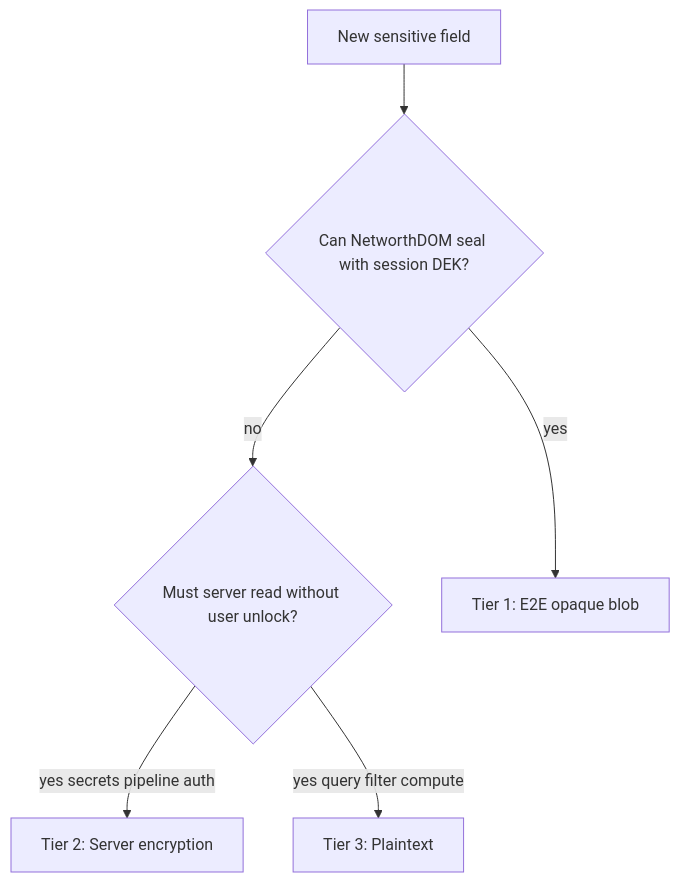
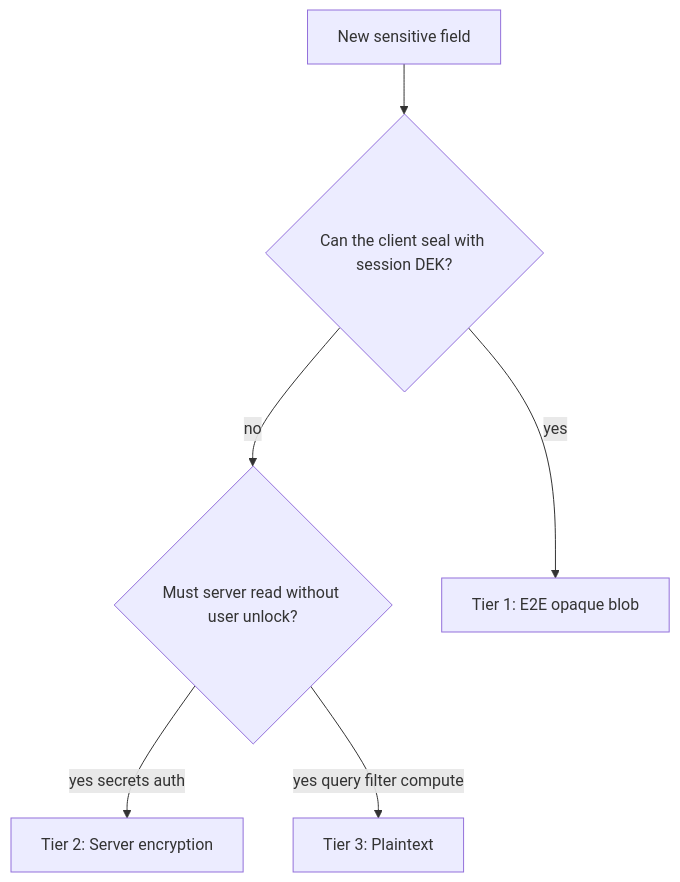
One commit to financial-footprints/NetworthDB changed the first of 3 diagrams in docs/adr/004-data-encryption-policy.md. Above: the diagram before and after it, drawn with Mermaid. The commit also changed other lines of this file and 38 other files, not shown here.

````diff
--- a/docs/adr/004-data-encryption-policy.md
+++ b/docs/adr/004-data-encryption-policy.md
@@ -28,14 +21,14 @@
 ```mermaid
 flowchart TD
   newField[New sensitive field]
-  canE2E{Can NetworthDOM seal with session DEK?}
+  canE2E{Can the client seal with session DEK?}
   serverNeeds{Must server read without user unlock?}
   tier1[Tier 1: E2E opaque blob]
   tier2[Tier 2: Server encryption]
   tier3[Tier 3: Plaintext]
   newField --> canE2E
   canE2E -->|yes| tier1
   canE2E -->|no| serverNeeds
-  serverNeeds -->|yes secrets pipeline auth| tier2
+  serverNeeds -->|yes secrets auth| tier2
   serverNeeds -->|yes query filter compute| tier3
 ```
````
